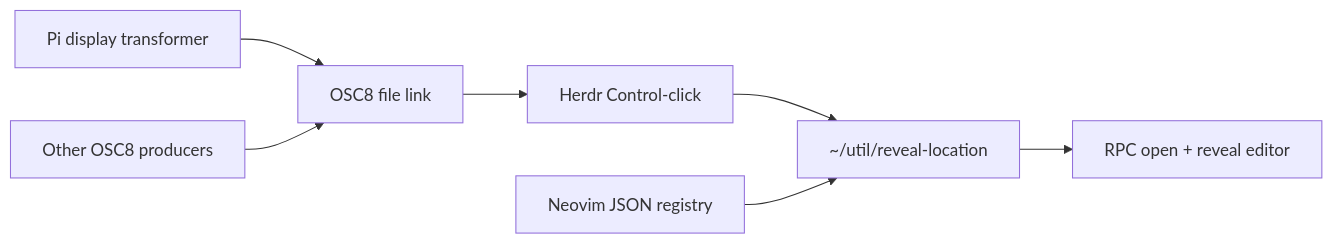
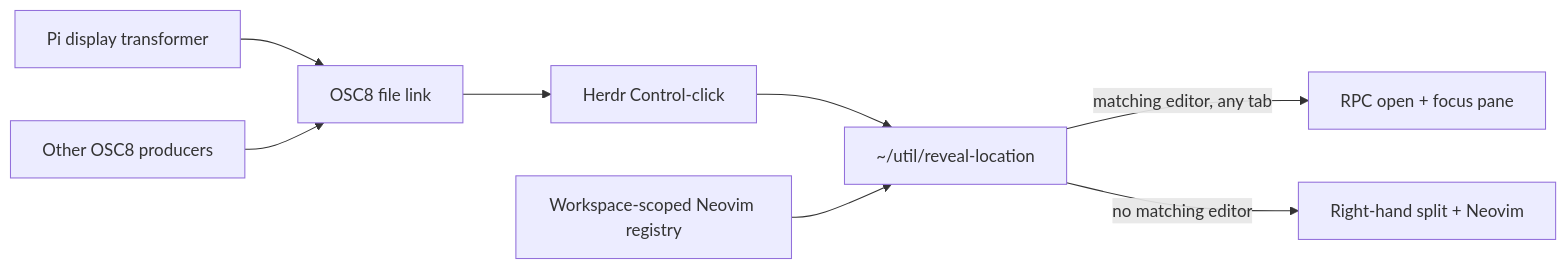
The diagram in herdr-plugins/reveal-location/README.md (unphased/vim-config), drawn with Mermaid before and after one commit. The commit also changed other lines of this file and 3 other files, not shown here.

First line of the commit message:
Add direct Neovim pane entrypoint for workspace file reveal

````diff
--- a/herdr-plugins/reveal-location/README.md
+++ b/herdr-plugins/reveal-location/README.md
@@ -5,9 +5,10 @@
 ```mermaid
 flowchart LR
   P[Pi display transformer] --> O[OSC8 file link]
   A[Other OSC8 producers] --> O
   O --> H[Herdr Control-click]
   H --> R[~/util/reveal-location]
-  N[Neovim JSON registry] --> R
-  R --> E[RPC open + reveal editor]
+  N[Workspace-scoped Neovim registry] --> R
+  R -->|matching editor, any tab| E[RPC open + focus pane]
+  R -->|no matching editor| S[Right-hand split + Neovim]
 ```
````
